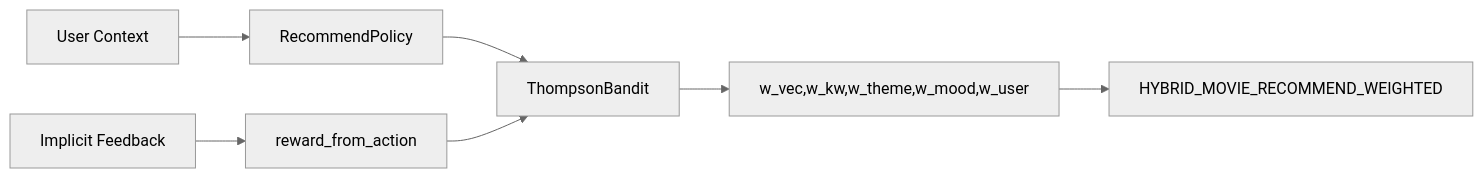
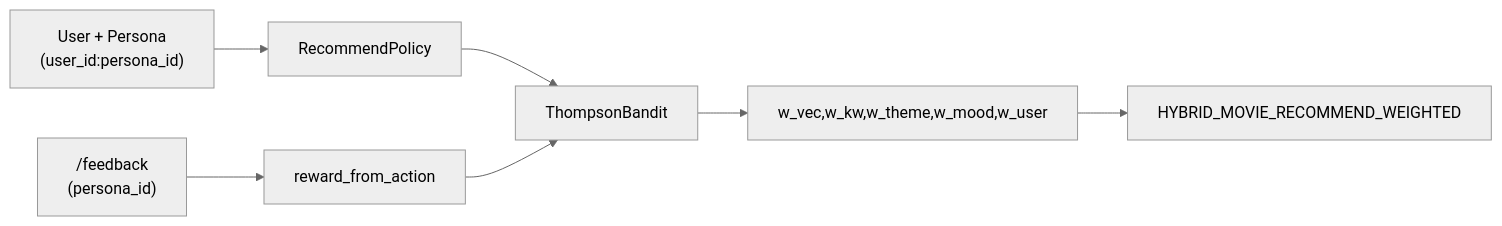
Before and after one commit to kakao4-KAKAMU/KAKAMU_DE: the diagram in docs/bandit_weights.md, drawn with Mermaid (neutral theme). The commit also changed other lines of this file and 9 other files, not shown here.

````diff
--- a/docs/bandit_weights.md
+++ b/docs/bandit_weights.md
@@ -3,9 +6,9 @@
 ```mermaid
 flowchart LR
-    User[User Context] --> Policy[RecommendPolicy]
+    User["User + Persona\n(user_id:persona_id)"] --> Policy[RecommendPolicy]
     Policy --> Bandit[ThompsonBandit]
     Bandit --> Weights["w_vec,w_kw,w_theme,w_mood,w_user"]
     Weights --> Hybrid[HYBRID_MOVIE_RECOMMEND_WEIGHTED]
-    Feedback[Implicit Feedback] --> Reward[reward_from_action]
+    Feedback["/feedback\n(persona_id)"] --> Reward[reward_from_action]
     Reward --> Bandit
 ```
````
